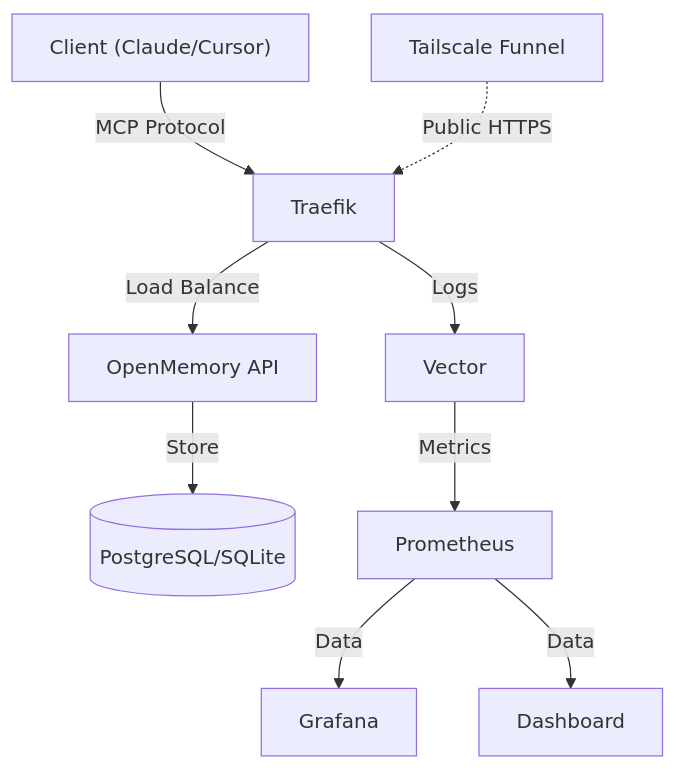
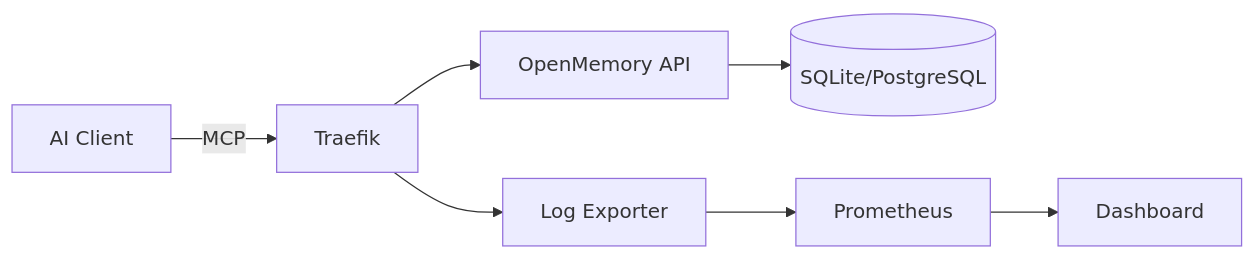
The diagram in README.md (mikhailkogan17/cybermem), drawn with Mermaid before and after one commit. The commit also changed other lines of this file and 9 other files, not shown here.

````diff
--- a/README.md
+++ b/README.md
@@ -84,11 +78,9 @@
 ```mermaid
-graph TD
-    Client["Client (Claude/Cursor)"] -->|MCP Protocol| Traefik
-    Tailscale["Tailscale Funnel"] -.->|Public HTTPS| Traefik
-    Traefik -->|Load Balance| OM[OpenMemory API]
-    Traefik -->|Logs| Vector
-    OM -->|Store| DB[(PostgreSQL/SQLite)]
-    Vector -->|Metrics| Prometheus
-    Prometheus -->|Data| Grafana
-    Prometheus -->|Data| Dashboard
+graph LR
+    Client[AI Client] -->|MCP| Traefik
+    Traefik --> API[OpenMemory API]
+    API --> DB[(SQLite/PostgreSQL)]
+    Traefik --> Vector[Log Exporter]
+    Vector --> Prometheus
+    Prometheus --> Dashboard
 ```
````
